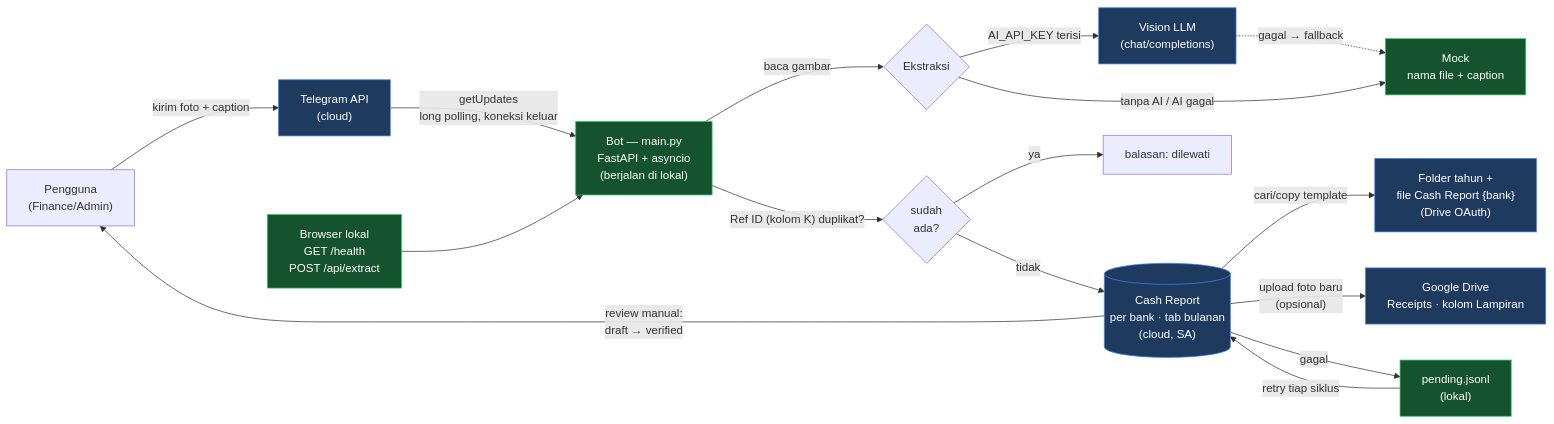
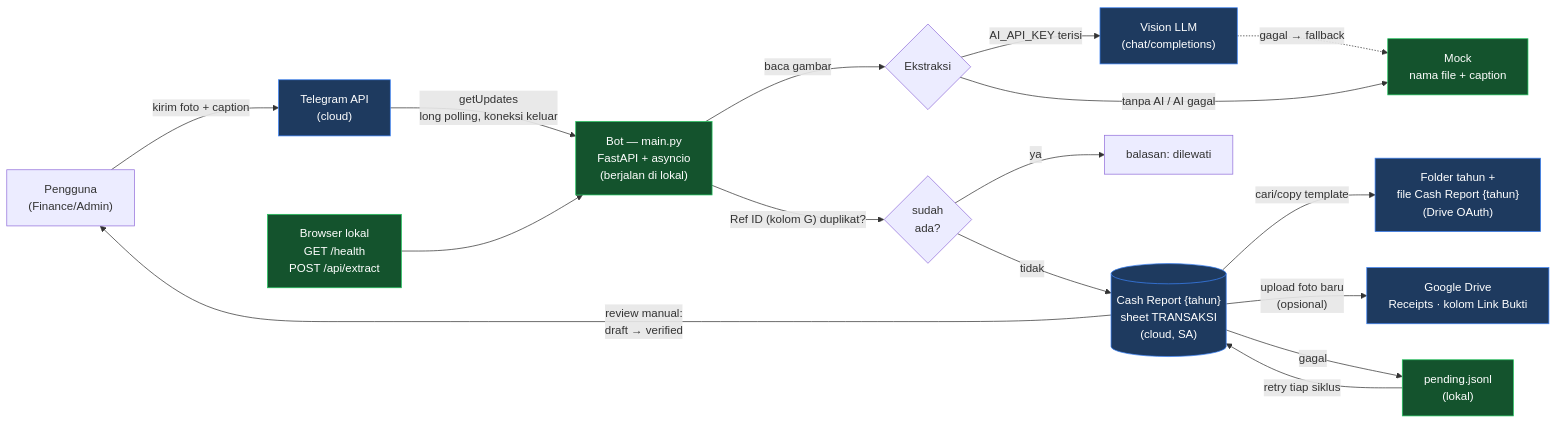
Before and after one commit to Project-Rework-G3-AI/ai-finance-assistant: the diagram in README.md, drawn with Mermaid. The commit also changed other lines of this file and 7 other files, not shown here.

First line of the commit message:
feat: Cash Report gaya Bizschool — ledger gabungan + RECAP/PnL otomatis

````diff
--- a/README.md
+++ b/README.md
@@ -9,27 +9,27 @@
 ```mermaid
 flowchart LR
     U["Pengguna<br/>(Finance/Admin)"] -->|"kirim foto + caption"| TG["Telegram API<br/>(cloud)"]
     TG -->|"getUpdates<br/>long polling, koneksi keluar"| BOT["Bot — main.py<br/>FastAPI + asyncio<br/>(berjalan di lokal)"]
 
     BOT -->|"baca gambar"| EXT{"Ekstraksi"}
     EXT -->|"AI_API_KEY terisi"| VIS["Vision LLM<br/>(chat/completions)"]
     EXT -->|"tanpa AI / AI gagal"| MOCK["Mock<br/>nama file + caption"]
     VIS -.->|"gagal → fallback"| MOCK
 
-    BOT -->|"Ref ID (kolom K) duplikat?"| DUP{"sudah<br/>ada?"}
+    BOT -->|"Ref ID (kolom G) duplikat?"| DUP{"sudah<br/>ada?"}
     DUP -->|"ya"| SKIP["balasan: dilewati"]
-    DUP -->|"tidak"| CR[("Cash Report<br/>per bank · tab bulanan<br/>(cloud, SA)")]
+    DUP -->|"tidak"| CR[("Cash Report {tahun}<br/>sheet TRANSAKSI<br/>(cloud, SA)")]
 
-    CR -->|"cari/copy template"| YR["Folder tahun +<br/>file Cash Report {bank}<br/>(Drive OAuth)"]
-    CR -->|"upload foto baru<br/>(opsional)"| DRIVE["Google Drive<br/>Receipts · kolom Lampiran"]
+    CR -->|"cari/copy template"| YR["Folder tahun +<br/>file Cash Report {tahun}<br/>(Drive OAuth)"]
+    CR -->|"upload foto baru<br/>(opsional)"| DRIVE["Google Drive<br/>Receipts · kolom Link Bukti"]
     CR -->|"gagal"| PEND["pending.jsonl<br/>(lokal)"]
     PEND -->|"retry tiap siklus"| CR
 
     CR -->|"review manual:<br/>draft → verified"| U
     W["Browser lokal<br/>GET /health<br/>POST /api/extract"] --> BOT
 
     classDef cloud fill:#1e3a5f,stroke:#3b82f6,color:#fff
     classDef local fill:#14532d,stroke:#22c55e,color:#fff
     class TG,CR,VIS,DRIVE,YR cloud
     class BOT,MOCK,PEND,W local
 ```
````
